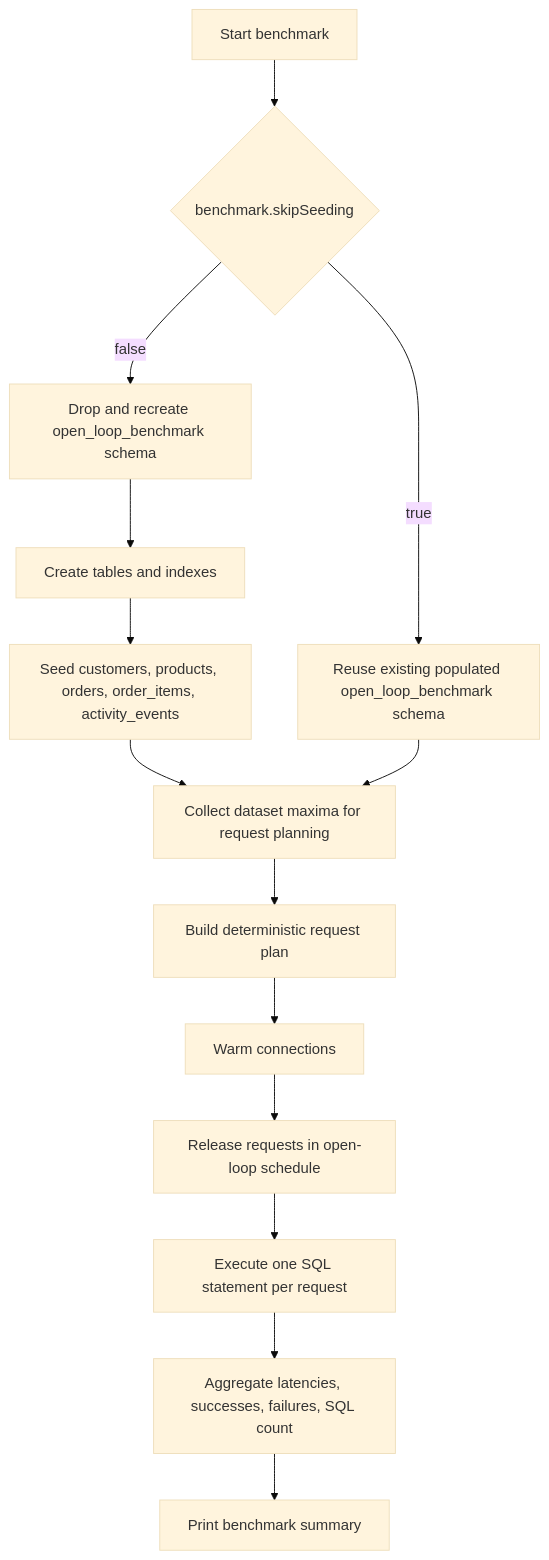
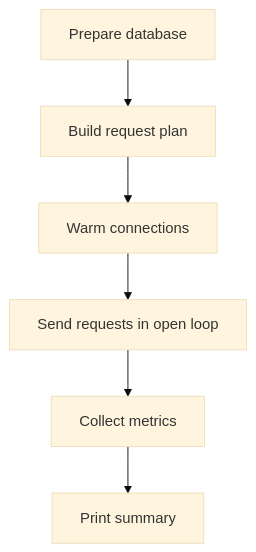
Before and after one commit to rrobetti/simple-open-loop-jdbc-benchmark: the diagram in README.md, drawn with Mermaid (base theme). The commit also changed other lines of this file, not shown here.

Commit message:
Simplify benchmark README

````diff
--- a/README.md
+++ b/README.md
@@ -33,16 +66,8 @@
 ```mermaid
 flowchart TD
-    A[Start benchmark] --> B{benchmark.skipSeeding}
-    B -- false --> C[Drop and recreate open_loop_benchmark schema]
-    C --> D[Create tables and indexes]
-    D --> E[Seed customers, products, orders, order_items, activity_events]
-    B -- true --> F[Reuse existing populated open_loop_benchmark schema]
-    E --> G[Collect dataset maxima for request planning]
-    F --> G
-    G --> H[Build deterministic request plan]
-    H --> I[Warm connections]
-    I --> J[Release requests in open-loop schedule]
-    J --> K[Execute one SQL statement per request]
-    K --> L[Aggregate latencies, successes, failures, SQL count]
-    L --> M[Print benchmark summary]
+    A[Prepare database] --> B[Build request plan]
+    B --> C[Warm connections]
+    C --> D[Send requests in open loop]
+    D --> E[Collect metrics]
+    E --> F[Print summary]
 ```
````
